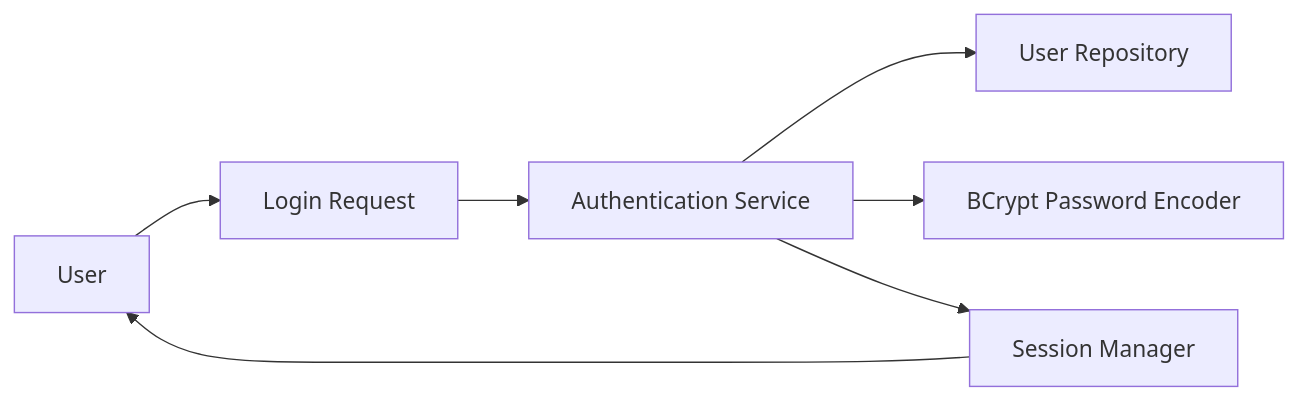
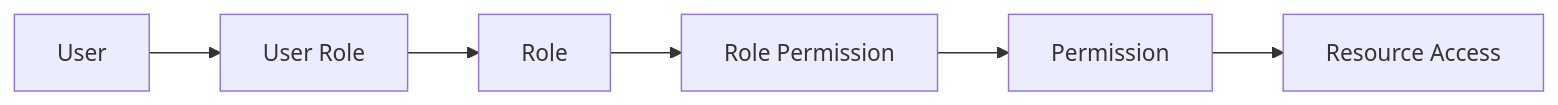
One commit to MotionPrograming/AuthorizationManagementSystem changed the fifth of 13 diagrams in README.md. Above: the diagram before and after it, drawn with Mermaid. The commit also changed other lines of this file, not shown here.

````diff
--- a/README.md
+++ b/README.md
@@ -477,28 +387,21 @@
 ```mermaid
 flowchart LR
 
-User[User]
+    U[User]
 
-Login[Login Request]
+    UR[User Role]
 
-AuthService[Authentication Service]
+    R[Role]
 
-PasswordEncoder[BCrypt Password Encoder]
+    RP[Role Permission]
 
-UserRepository[User Repository]
+    P[Permission]
 
-Session[Session Manager]
+    RA[Resource Access]
 
-
-User --> Login
-
-Login --> AuthService
-
-AuthService --> UserRepository
-
-AuthService --> PasswordEncoder
-
-AuthService --> Session
-
-Session --> User
+    U --> UR
+    UR --> R
+    R --> RP
+    RP --> P
+    P --> RA
 ```
````
